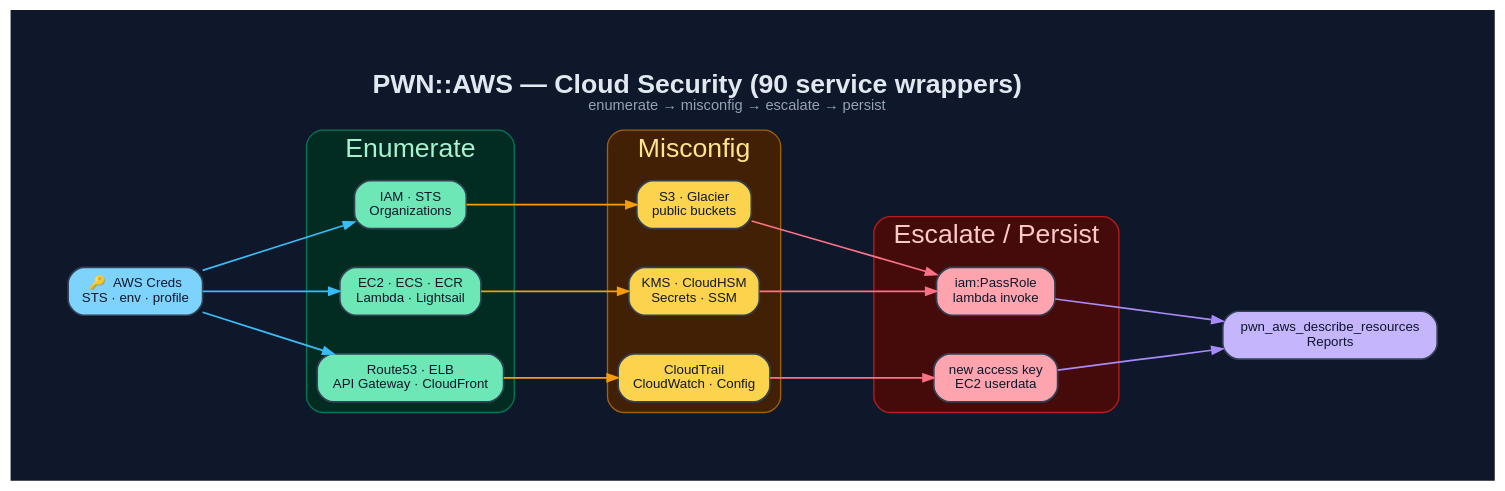
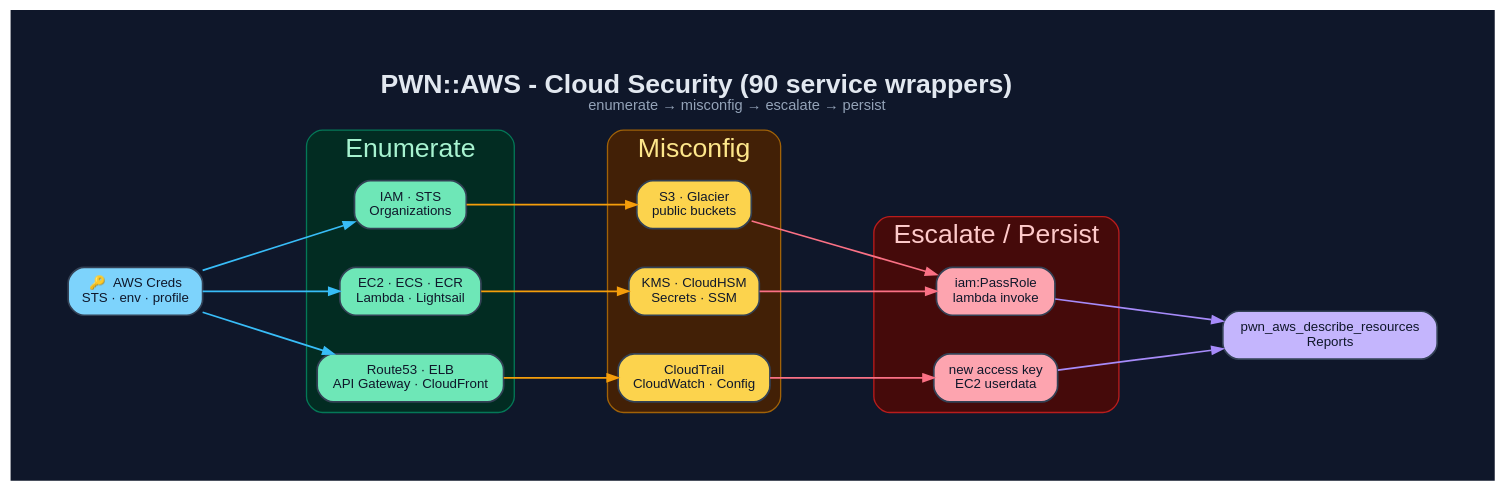
The diagram in documentation/diagrams/dot/aws-cloud-security.dot (0dayInc/pwn), drawn with Graphviz before and after one commit. The commit also changed 94 other files, not shown here.

```diff
--- a/documentation/diagrams/dot/aws-cloud-security.dot
+++ b/documentation/diagrams/dot/aws-cloud-security.dot
@@ -1,48 +1,48 @@
 digraph "PWN_AWS" {
   graph [
-    label=<<B>PWN::AWS — Cloud Security (90 service wrappers)</B><BR/><FONT POINT-SIZE="11" COLOR="#94a3b8">enumerate → misconfig → escalate → persist</FONT>>,
+    label=<<B>PWN::AWS - Cloud Security (90 service wrappers)</B><BR/><FONT POINT-SIZE="11" COLOR="#94a3b8">enumerate → misconfig → escalate → persist</FONT>>,
     labelloc=t, fontsize=20, fontname="Helvetica",
     rankdir=LR, splines=spline, nodesep=0.4, ranksep=1.2,
     bgcolor="#0f172a", fontcolor="#e2e8f0", pad=0.6, newrank=true
   ];
   node [fontname="Helvetica", fontsize=10, style="filled,rounded",
         shape=box, penwidth=1.3, color="#334155", fontcolor="#0f172a"];
   edge [fontname="Helvetica", fontsize=9, color="#94a3b8",
         fontcolor="#cbd5e1", penwidth=1.3, arrowsize=0.8];
 
   Creds [label="🔑  AWS Creds\nSTS · env · profile", fillcolor="#7dd3fc"];
 
   subgraph cluster_enum {
     label="Enumerate"; fontcolor="#a7f3d0"; style=rounded;
     color="#047857"; bgcolor="#022c22";
     IAM [label="IAM · STS\nOrganizations",       fillcolor="#6ee7b7"];
     EC2 [label="EC2 · ECS · ECR\nLambda · Lightsail", fillcolor="#6ee7b7"];
     Net [label="Route53 · ELB\nAPI Gateway · CloudFront", fillcolor="#6ee7b7"];
   }
   subgraph cluster_mis {
     label="Misconfig"; fontcolor="#fde68a"; style=rounded;
     color="#a16207"; bgcolor="#422006";
     S3   [label="S3 · Glacier\npublic buckets",   fillcolor="#fcd34d"];
     KMS  [label="KMS · CloudHSM\nSecrets · SSM",   fillcolor="#fcd34d"];
     Log  [label="CloudTrail\nCloudWatch · Config", fillcolor="#fcd34d"];
   }
   subgraph cluster_esc {
     label="Escalate / Persist"; fontcolor="#fecaca"; style=rounded;
     color="#b91c1c"; bgcolor="#450a0a";
     Priv [label="iam:PassRole\nlambda invoke",   fillcolor="#fda4af"];
     Back [label="new access key\nEC2 userdata",  fillcolor="#fda4af"];
   }
   Rep [label="pwn_aws_describe_resources\nReports", fillcolor="#c4b5fd"];
 
   Creds -> IAM [color="#38bdf8"];
   Creds -> EC2 [color="#38bdf8"];
   Creds -> Net [color="#38bdf8"];
   IAM -> S3  [color="#f59e0b"];
   EC2 -> KMS [color="#f59e0b"];
   Net -> Log [color="#f59e0b"];
   S3  -> Priv [color="#fb7185"];
   KMS -> Priv [color="#fb7185"];
   Log -> Back [color="#fb7185"];
   Priv -> Rep [color="#a78bfa"];
   Back -> Rep [color="#a78bfa"];
 }
```
